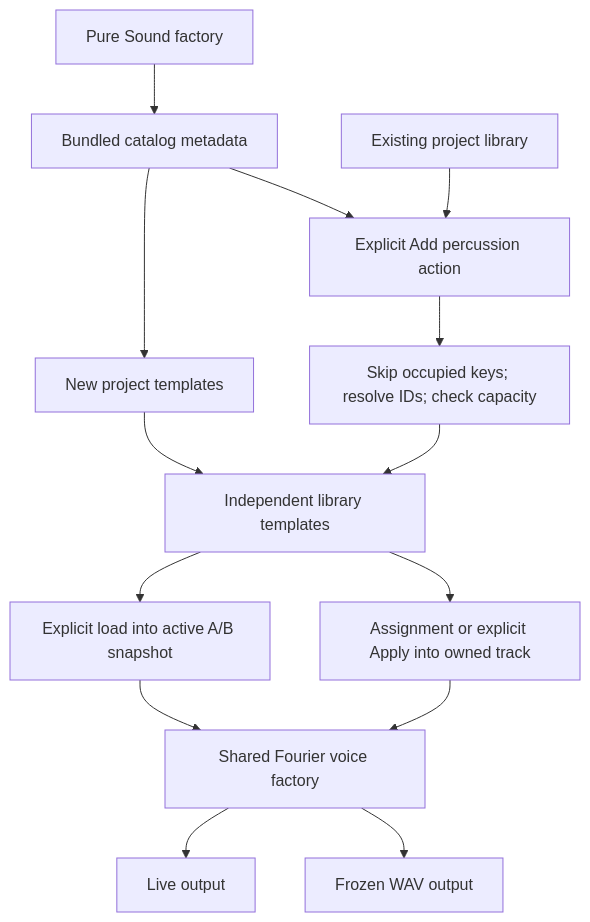
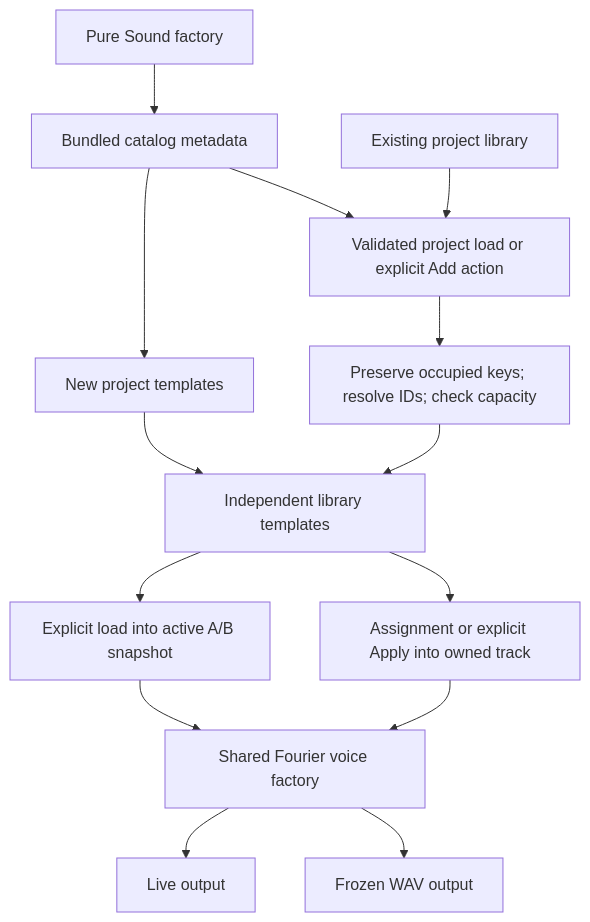
Before and after one commit to Monykus7/FourPataka: the first of 2 diagrams in docs/extensions/PERCUSSION_PRESETS.md, drawn with Mermaid. The commit also changed other lines of this file and 9 other files, not shown here.

````diff
--- a/docs/extensions/PERCUSSION_PRESETS.md
+++ b/docs/extensions/PERCUSSION_PRESETS.md
@@ -51,16 +51,16 @@
 ```mermaid
 flowchart TD
   Factory[Pure Sound factory] --> Catalog[Bundled catalog metadata]
   Catalog --> New[New project templates]
-  Catalog --> Import[Explicit Add percussion action]
+  Catalog --> Import[Validated project load or explicit Add action]
   Saved[Existing project library] --> Import
-  Import --> Check[Skip occupied keys; resolve IDs; check capacity]
+  Import --> Check[Preserve occupied keys; resolve IDs; check capacity]
   Check --> Library[Independent library templates]
   New --> Library
   Library --> AB[Explicit load into active A/B snapshot]
   Library --> Track[Assignment or explicit Apply into owned track]
   AB --> Voice[Shared Fourier voice factory]
   Track --> Voice
   Voice --> Live[Live output]
   Voice --> WAV[Frozen WAV output]
 ```
````
